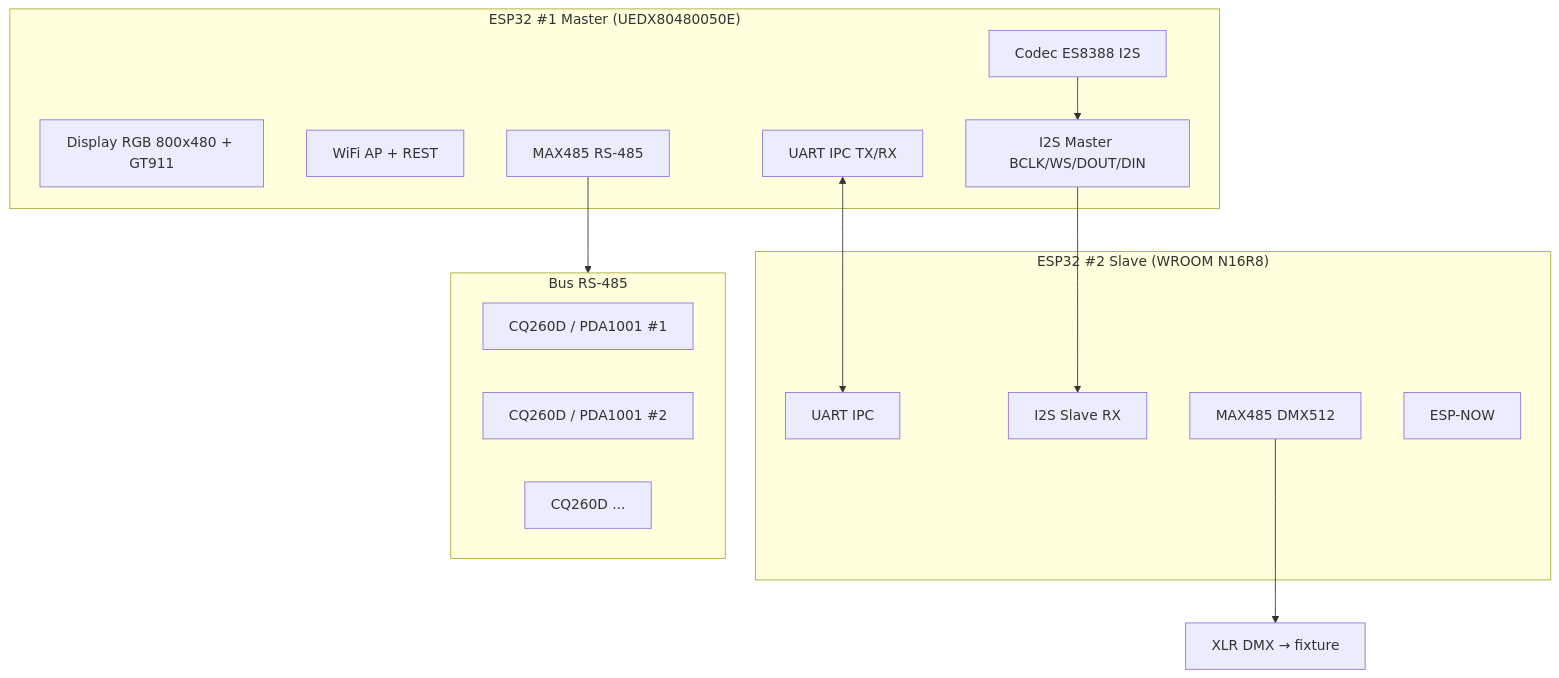
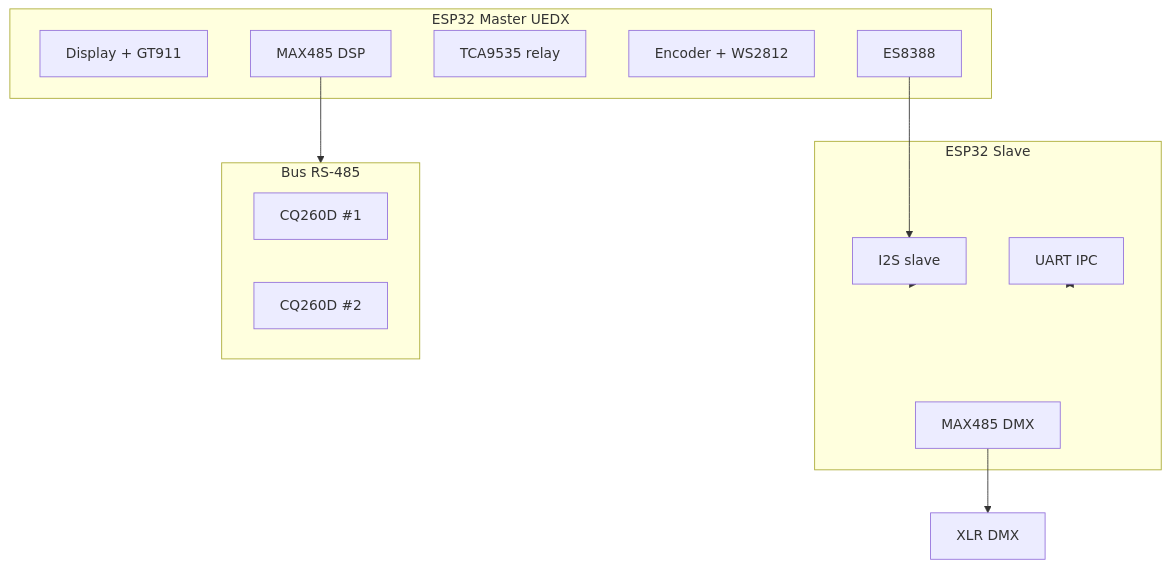
The diagram in docs/SCHEMATICS.md (house79-gex/dsp-control), drawn with Mermaid before and after one commit. The commit also changed other lines of this file and 16 other files, not shown here.

````diff
--- a/docs/SCHEMATICS.md
+++ b/docs/SCHEMATICS.md
@@ -17,27 +24,24 @@
 ```mermaid
 flowchart TB
-    subgraph Master["ESP32 #1 Master (UEDX80480050E)"]
-        DISP[Display RGB 800x480 + GT911]
-        ES8388[Codec ES8388 I2S]
-        WIFI[WiFi AP + REST]
-        RS485M[MAX485 RS-485]
-        IPC_M[UART IPC TX/RX]
-        I2S_M[I2S Master BCLK/WS/DOUT/DIN]
-    end
-    subgraph Slave["ESP32 #2 Slave (WROOM N16R8)"]
-        IPC_S[UART IPC]
-        I2S_S[I2S Slave RX]
-        DMX[MAX485 DMX512]
-        ESPNOW[ESP-NOW]
-    end
-    subgraph Bus["Bus RS-485"]
-        DSP1[CQ260D / PDA1001 #1]
-        DSP2[CQ260D / PDA1001 #2]
-        DSPN[CQ260D ...]
-    end
-    ES8388 --> I2S_M
-    I2S_M --> I2S_S
-    IPC_M <--> IPC_S
-    RS485M --> Bus
-    DMX --> XLR[XLR DMX → fixture]
+  subgraph Master["ESP32 Master UEDX"]
+    DISP[Display + GT911]
+    ES8388[ES8388]
+    TCA[TCA9535 relay]
+    ENC[Encoder + WS2812]
+    RS485M[MAX485 DSP]
+  end
+  subgraph Slave["ESP32 Slave"]
+    IPC[UART IPC]
+    I2S[I2S slave]
+    DMX[MAX485 DMX]
+  end
+  subgraph Bus["Bus RS-485"]
+    D1[CQ260D #1]
+    D2[CQ260D #2]
+  end
+  ES8388 --> I2S
+  I2S --> Slave
+  IPC <--> Slave
+  RS485M --> Bus
+  DMX --> XLR[XLR DMX]
 ```
````
